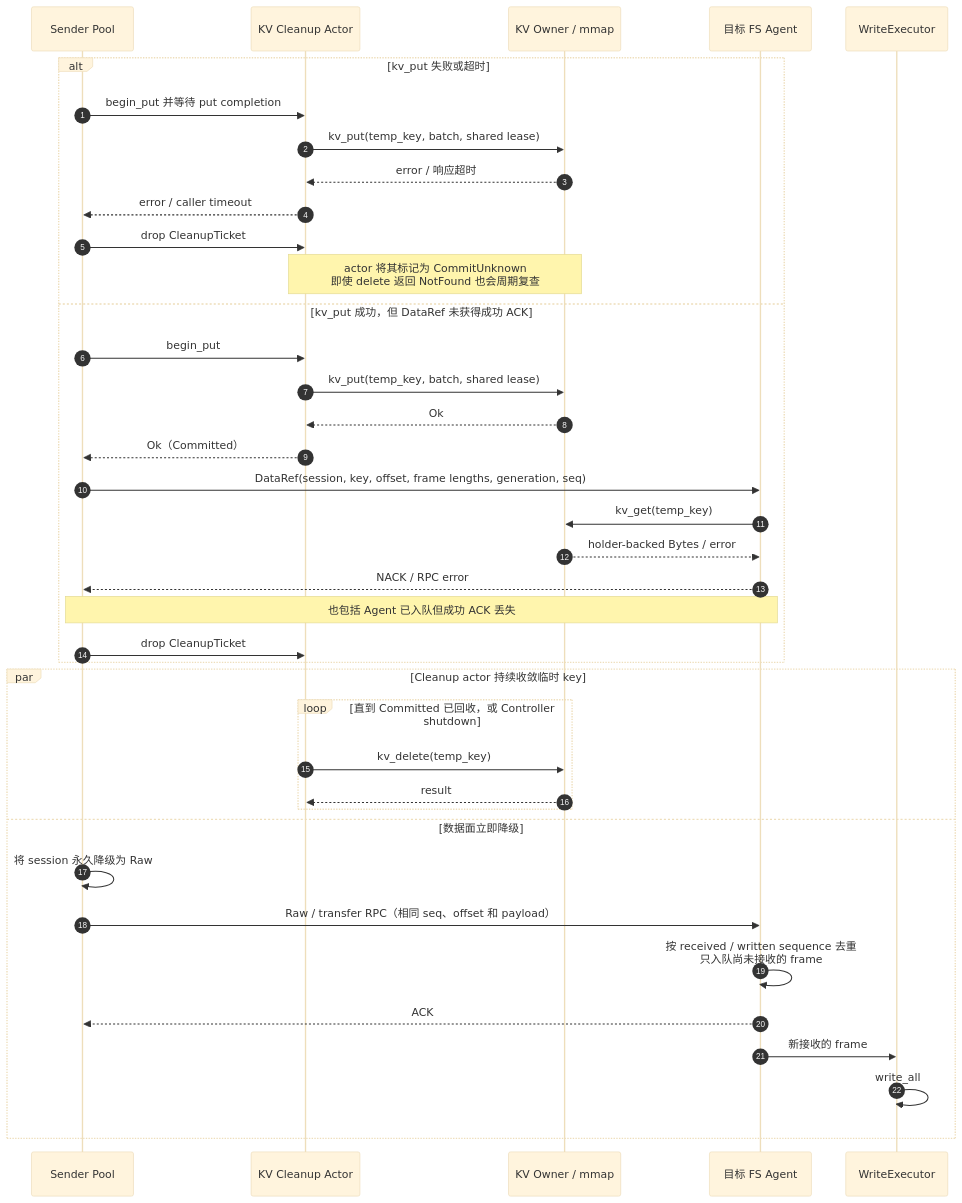
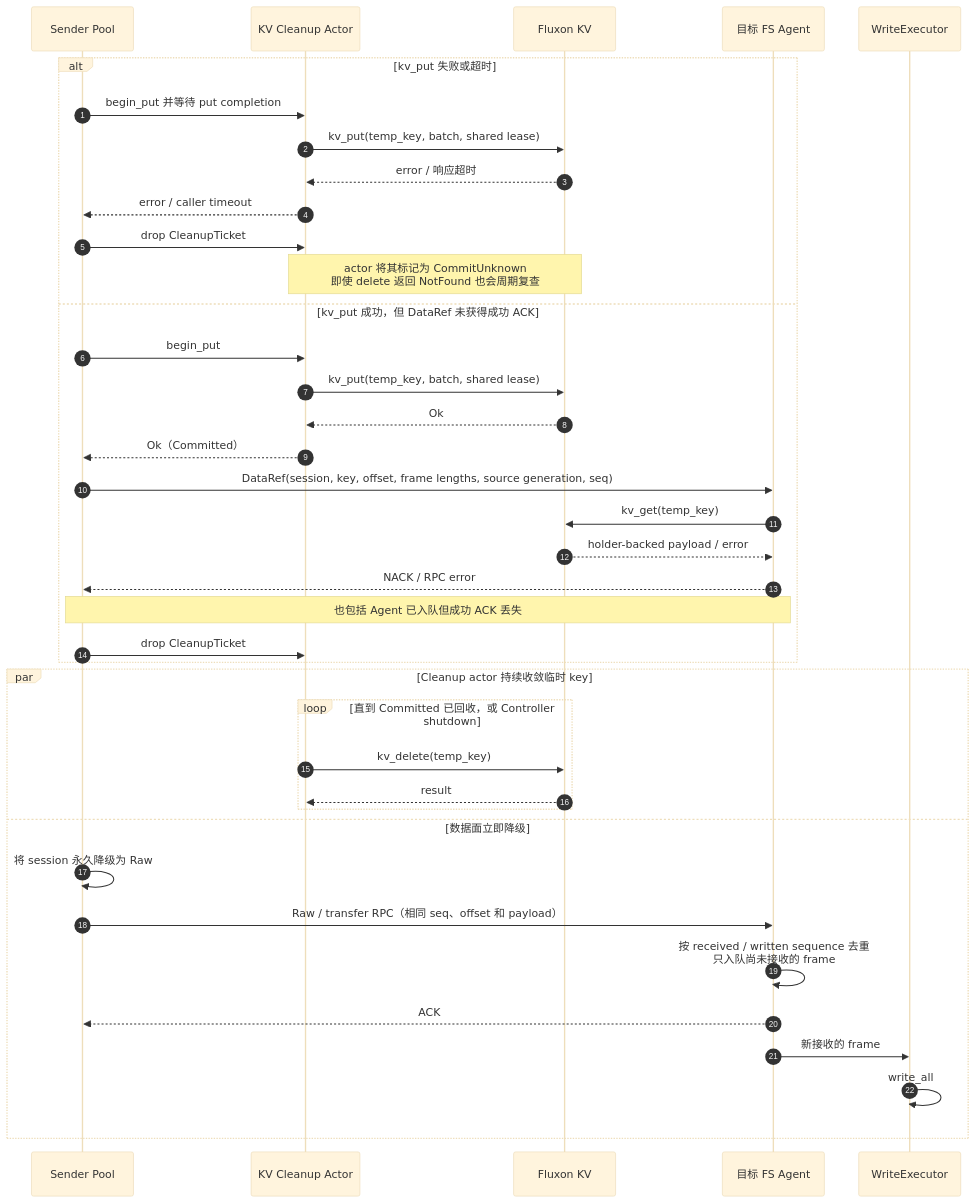
Before and after one commit to Tele-AI/Fluxon: diagram 11 of 20 in fluxon_doc_cn/design/fs_s3_1_混合写入链路.md, drawn with Mermaid (base theme). The commit also changed other lines of this file and 3 other files, not shown here.

````diff
--- a/fluxon_doc_cn/design/fs_s3_1_混合写入链路.md
+++ b/fluxon_doc_cn/design/fs_s3_1_混合写入链路.md
@@ -660,43 +657,43 @@
 ```mermaid
 sequenceDiagram
     autonumber
     participant S as Sender Pool
     participant D as KV Cleanup Actor
-    participant O as KV Owner / mmap
+    participant K as Fluxon KV
     participant A as 目标 FS Agent
     participant W as WriteExecutor
 
     alt kv_put 失败或超时
         S->>D: begin_put 并等待 put completion
-        D->>O: kv_put(temp_key, batch, shared lease)
-        O-->>D: error / 响应超时
+        D->>K: kv_put(temp_key, batch, shared lease)
+        K-->>D: error / 响应超时
         D-->>S: error / caller timeout
         S->>D: drop CleanupTicket
-        Note over D,O: actor 将其标记为 CommitUnknown<br/>即使 delete 返回 NotFound 也会周期复查
+        Note over D,K: actor 将其标记为 CommitUnknown<br/>即使 delete 返回 NotFound 也会周期复查
     else kv_put 成功，但 DataRef 未获得成功 ACK
         S->>D: begin_put
-        D->>O: kv_put(temp_key, batch, shared lease)
-        O-->>D: Ok
+        D->>K: kv_put(temp_key, batch, shared lease)
+        K-->>D: Ok
         D-->>S: Ok（Committed）
-        S->>A: DataRef(session, key, offset, frame lengths, generation, seq)
-        A->>O: kv_get(temp_key)
-        O-->>A: holder-backed Bytes / error
+        S->>A: DataRef(session, key, offset, frame lengths, source generation, seq)
+        A->>K: kv_get(temp_key)
+        K-->>A: holder-backed payload / error
         A-->>S: NACK / RPC error
         Note over S,A: 也包括 Agent 已入队但成功 ACK 丢失
         S->>D: drop CleanupTicket
     end
 
     par Cleanup actor 持续收敛临时 key
         loop 直到 Committed 已回收，或 Controller shutdown
-            D->>O: kv_delete(temp_key)
-            O-->>D: result
+            D->>K: kv_delete(temp_key)
+            K-->>D: result
         end
     and 数据面立即降级
         S->>S: 将 session 永久降级为 Raw
         S->>A: Raw / transfer RPC（相同 seq、offset 和 payload）
         A->>A: 按 received / written sequence 去重<br/>只入队尚未接收的 frame
         A-->>S: ACK
         A->>W: 新接收的 frame
         W->>W: write_all
     end
 ```
````
